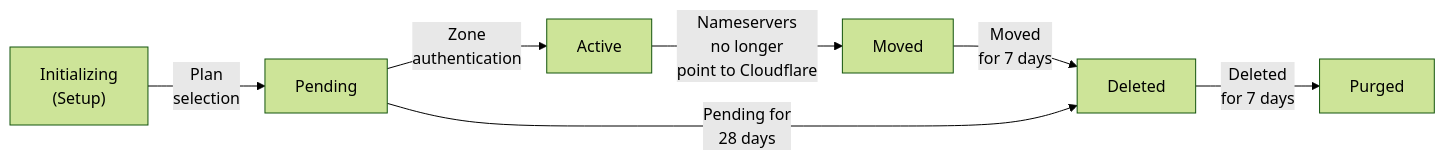
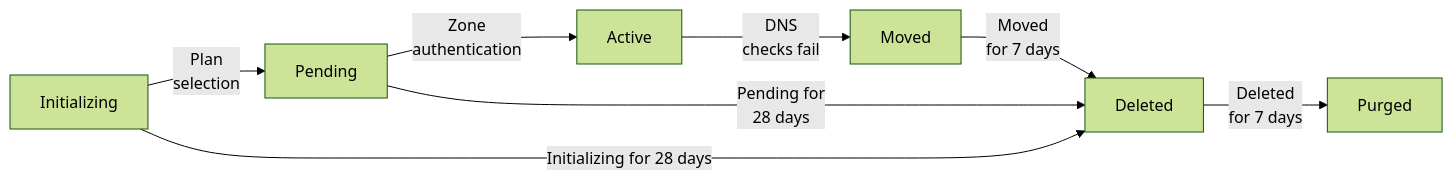
One commit to cloudflare/cloudflare-docs changed the diagram in content/dns/zone-setups/reference/domain-status.md. Above: the diagram before and after it, drawn with Mermaid (forest theme). The commit also changed other lines of this file, not shown here.

Commit message:
Review and add info to diagram and different status sections

````diff
--- a/content/dns/zone-setups/reference/domain-status.md
+++ b/content/dns/zone-setups/reference/domain-status.md
@@ -13,22 +15,21 @@
 ```mermaid
 flowchart LR
 accTitle: Zone status flow
-accDescr: Diagram of the different statuses applicable to Clouflare zones and transitions from one status to the other.
+accDescr: Diagram of the different statuses applicable to Clouflare zones and the transitions from one status to the other.
 
-A["Initializing
-(Setup)"]
+A[Initializing]
 B[Pending]
 C[Active]
 D[Moved]
 E[Deleted]
 F[Purged]
 
  A-- Plan <br />selection --> B
  B-- Zone <br />authentication --> C
- C-- Nameservers <br />no longer <br />point to Cloudflare --> D
+ C-- DNS <br />checks fail --> D
  D-- Moved <br />for 7 days --> E
  E-- Deleted <br />for 7 days --> F
+
  B-- Pending for <br />28 days --> E
-
-
+ A-- Initializing for 28 days --> E
 ```
````
